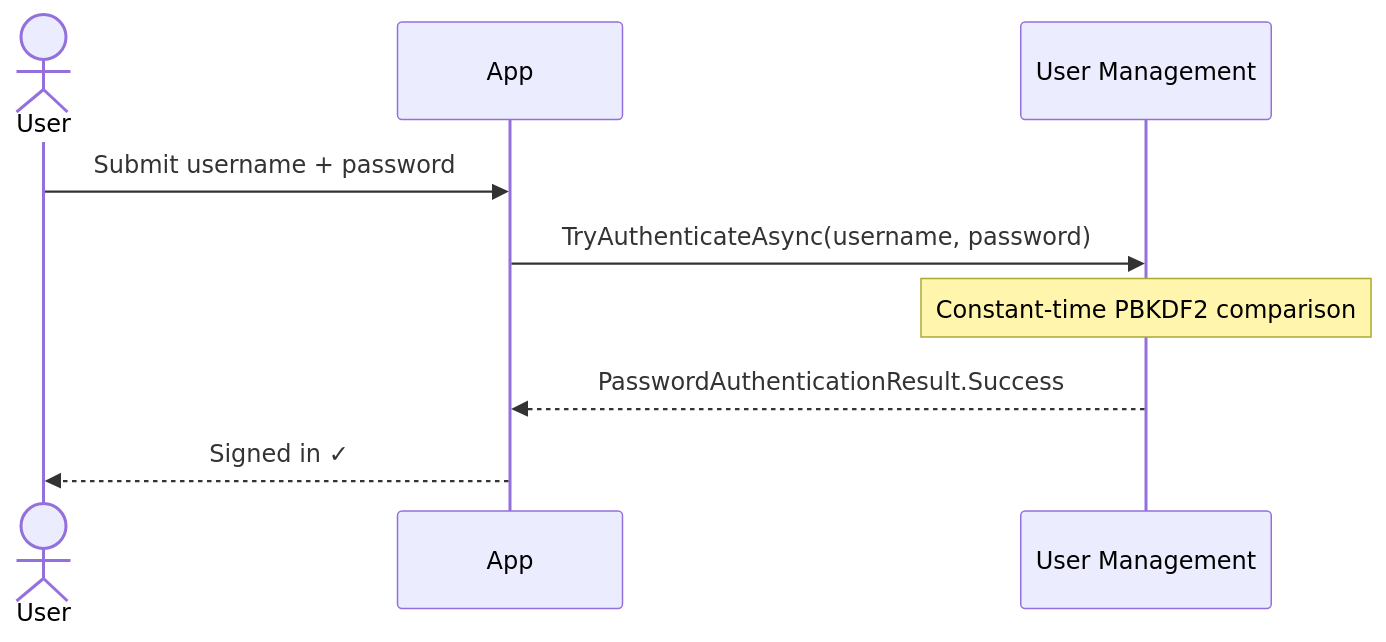
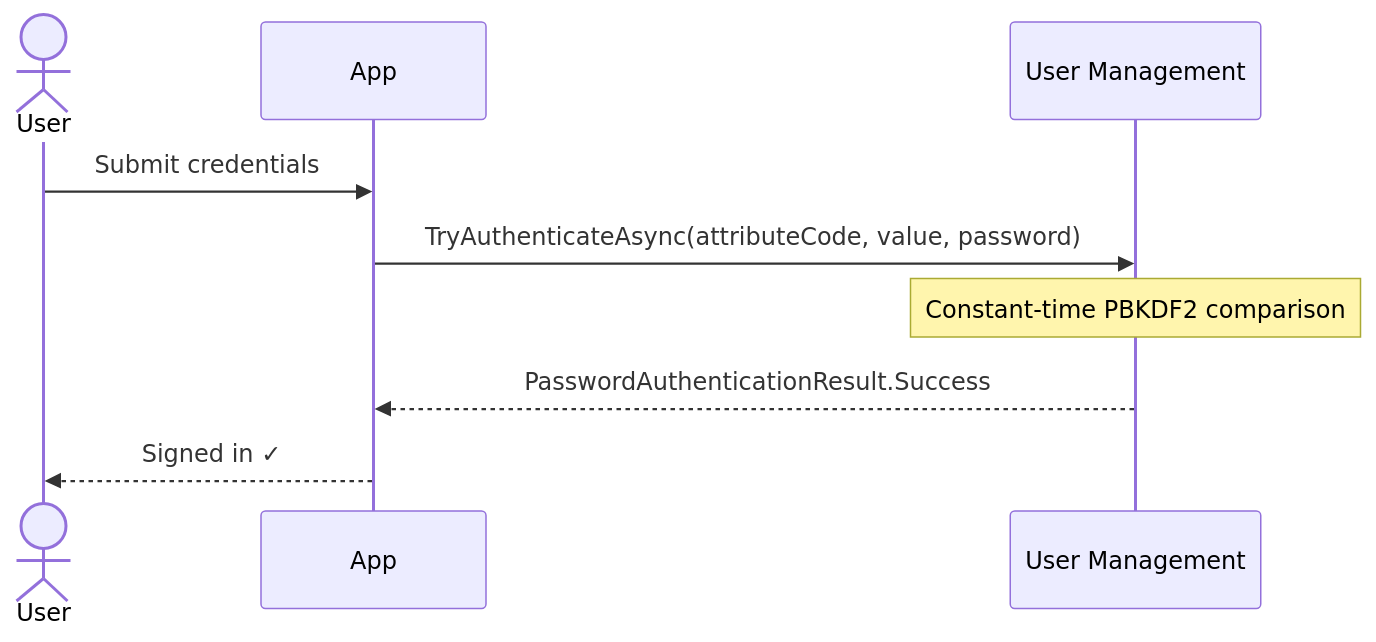
The first of 2 diagrams in astro/src/content/docs/identityserver/usermanagement/authentication/passwords.mdx (DuendeSoftware/docs.duendesoftware.com), drawn with Mermaid before and after one commit. The commit also changed other lines of this file and 10 other files, not shown here.

````diff
--- a/astro/src/content/docs/identityserver/usermanagement/authentication/passwords.mdx
+++ b/astro/src/content/docs/identityserver/usermanagement/authentication/passwords.mdx
@@ -342,12 +330,12 @@
 ```mermaid
 sequenceDiagram
     actor User
     participant App
     participant UserManagement as User Management
 
-    User->>App: Submit username + password
-    App->>UserManagement: TryAuthenticateAsync(username, password)
+    User->>App: Submit credentials
+    App->>UserManagement: TryAuthenticateAsync(attributeCode, value, password)
     Note over UserManagement: Constant-time PBKDF2 comparison
     UserManagement-->>App: PasswordAuthenticationResult.Success
     App-->>User: Signed in ✓
 ```
````
